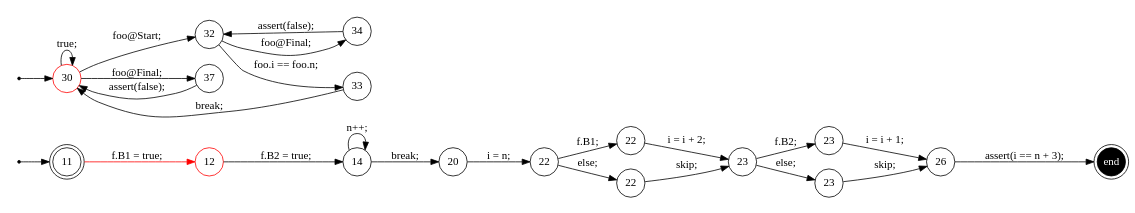
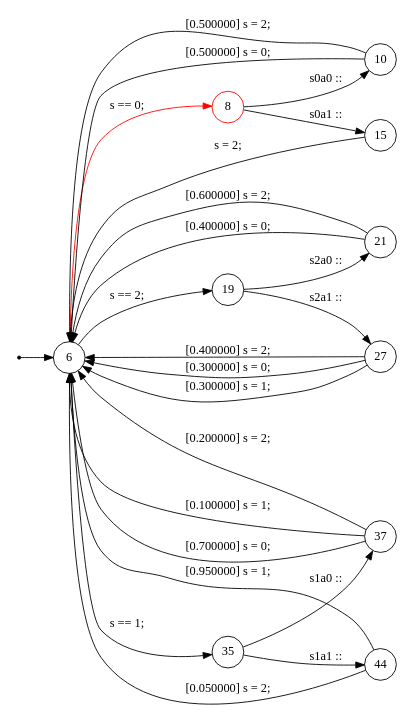
Before and after one commit to samilazregsuidi/Daedalux: the diagram in trace/1.dot, drawn with Graphviz. The commit also changed 277 other files, not shown here.

```diff
--- a/trace/1.dot
+++ b/trace/1.dot
@@ -1,48 +1,39 @@
 digraph finite_state_machine {
 	rankdir=LR
 	size="8,5"
-	93824993311008 [label = 11, shape = doublecircle, fixedsize = true]; 
-	s93824993311008 [shape = point];
-	93824993307216 [label = 30, shape = doublecircle, color = red, fixedsize = true]; 
-	s93824993307216 [shape = point];
-	e93824993306544 [shape = doublecircle, fixedsize = true, style = filled, fillcolor = black, fontcolor = white,  label = end];
-	 93824993312480 [label = 12, shape = circle, color = red, fixedsize = true ];
-	 93824993302560 [label = 14, shape = circle, fixedsize = true ];
-	 93824993303360 [label = 20, shape = circle, fixedsize = true ];
-	 93824993303680 [label = 22, shape = circle, fixedsize = true ];
-	 93824993304480 [label = 22, shape = circle, fixedsize = true ];
-	 93824993305200 [label = 22, shape = circle, fixedsize = true ];
-	 93824993304992 [label = 23, shape = circle, fixedsize = true ];
-	 93824993306032 [label = 23, shape = circle, fixedsize = true ];
-	 93824993306752 [label = 23, shape = circle, fixedsize = true ];
-	 93824993306544 [label = 26, shape = circle, fixedsize = true ];
-	 93824993307216 [label = 30, shape = circle, color = red, fixedsize = true ];
-	 93824993307984 [label = 32, shape = circle, fixedsize = true ];
-	 93824993308816 [label = 33, shape = circle, fixedsize = true ];
-	 93824993309536 [label = 34, shape = circle, fixedsize = true ];
-	 93824993310048 [label = 37, shape = circle, fixedsize = true ];
-	s93824993311008 -> 93824993311008;
-	s93824993307216 -> 93824993307216;
-	93824993311008 -> 93824993312480 [color = red, label = "f.B1 = true; "];
-	93824993312480 -> 93824993302560 [ label = "f.B2 = true; "];
-	93824993302560 -> 93824993303360 [ label = "break; "];
-	93824993302560 -> 93824993302560 [ label = "n++; "];
-	93824993303360 -> 93824993303680 [ label = "i = n; "];
-	93824993303680 -> 93824993304480 [ label = "f.B1; "];
-	93824993304480 -> 93824993304992 [ label = "i = i + 2; "];
-	93824993303680 -> 93824993305200 [ label = "else; "];
-	93824993305200 -> 93824993304992 [ label = "skip; "];
-	93824993304992 -> 93824993306032 [ label = "f.B2; "];
-	93824993306032 -> 93824993306544 [ label = "i = i + 1; "];
-	93824993304992 -> 93824993306752 [ label = "else; "];
-	93824993306752 -> 93824993306544 [ label = "skip; "];
-	93824993306544 -> e93824993306544 [ label = "assert(i == n + 3); "];
-	93824993307216 -> 93824993307984 [ label = "foo@Start; "];
-	93824993307984 -> 93824993308816 [ label = "foo.i == foo.n; "];
-	93824993308816 -> 93824993307216 [ label = "break; "];
-	93824993307984 -> 93824993309536 [ label = "foo@Final; "];
-	93824993309536 -> 93824993307984 [ label = "assert(false); "];
-	93824993307216 -> 93824993310048 [ label = "foo@Final; "];
-	93824993310048 -> 93824993307216 [ label = "assert(false); "];
-	93824993307216 -> 93824993307216 [ label = "true; "];
+	93824993319552 [label = 6, shape = doublecircle, fixedsize = true]; 
+	s93824993319552 [shape = point];
+	 93824993319552 [label = 6, shape = circle, fixedsize = true ];
+	 93824993310416 [label = 8, shape = circle, color = red, fixedsize = true ];
+	 93824993310976 [label = 10, shape = circle, fixedsize = true ];
+	 93824993312496 [label = 15, shape = circle, fixedsize = true ];
+	 93824993312944 [label = 19, shape = circle, fixedsize = true ];
+	 93824993313712 [label = 21, shape = circle, fixedsize = true ];
+	 93824993315232 [label = 27, shape = circle, fixedsize = true ];
+	 93824993316688 [label = 35, shape = circle, fixedsize = true ];
+	 93824993317632 [label = 37, shape = circle, fixedsize = true ];
+	 93824993325184 [label = 44, shape = circle, fixedsize = true ];
+	s93824993319552 -> 93824993319552;
+	93824993319552 -> 93824993310416 [color = red, label = "s == 0; "];
+	93824993310416 -> 93824993310976 [ label = "s0a0 :: "];
+	93824993310976 -> 93824993319552 [ label = " [0.500000] s = 0; "];
+	93824993310976 -> 93824993319552 [ label = " [0.500000] s = 2; "];
+	93824993310416 -> 93824993312496 [ label = "s0a1 :: "];
+	93824993312496 -> 93824993319552 [ label = "s = 2; "];
+	93824993319552 -> 93824993312944 [ label = "s == 2; "];
+	93824993312944 -> 93824993313712 [ label = "s2a0 :: "];
+	93824993313712 -> 93824993319552 [ label = " [0.400000] s = 0; "];
+	93824993313712 -> 93824993319552 [ label = " [0.600000] s = 2; "];
+	93824993312944 -> 93824993315232 [ label = "s2a1 :: "];
+	93824993315232 -> 93824993319552 [ label = " [0.400000] s = 2; "];
+	93824993315232 -> 93824993319552 [ label = " [0.300000] s = 0; "];
+	93824993315232 -> 93824993319552 [ label = " [0.300000] s = 1; "];
+	93824993319552 -> 93824993316688 [ label = "s == 1; "];
+	93824993316688 -> 93824993317632 [ label = "s1a0 :: "];
+	93824993317632 -> 93824993319552 [ label = " [0.100000] s = 1; "];
+	93824993317632 -> 93824993319552 [ label = " [0.700000] s = 0; "];
+	93824993317632 -> 93824993319552 [ label = " [0.200000] s = 2; "];
+	93824993316688 -> 93824993325184 [ label = "s1a1 :: "];
+	93824993325184 -> 93824993319552 [ label = " [0.950000] s = 1; "];
+	93824993325184 -> 93824993319552 [ label = " [0.050000] s = 2; "];
 }
```
